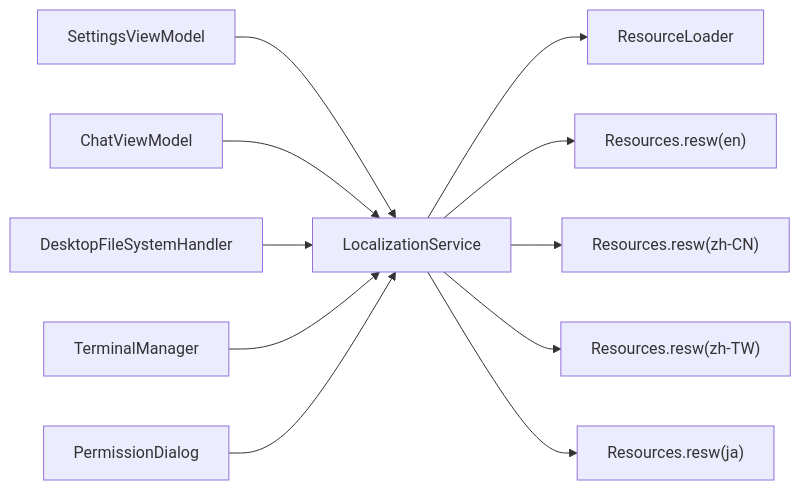
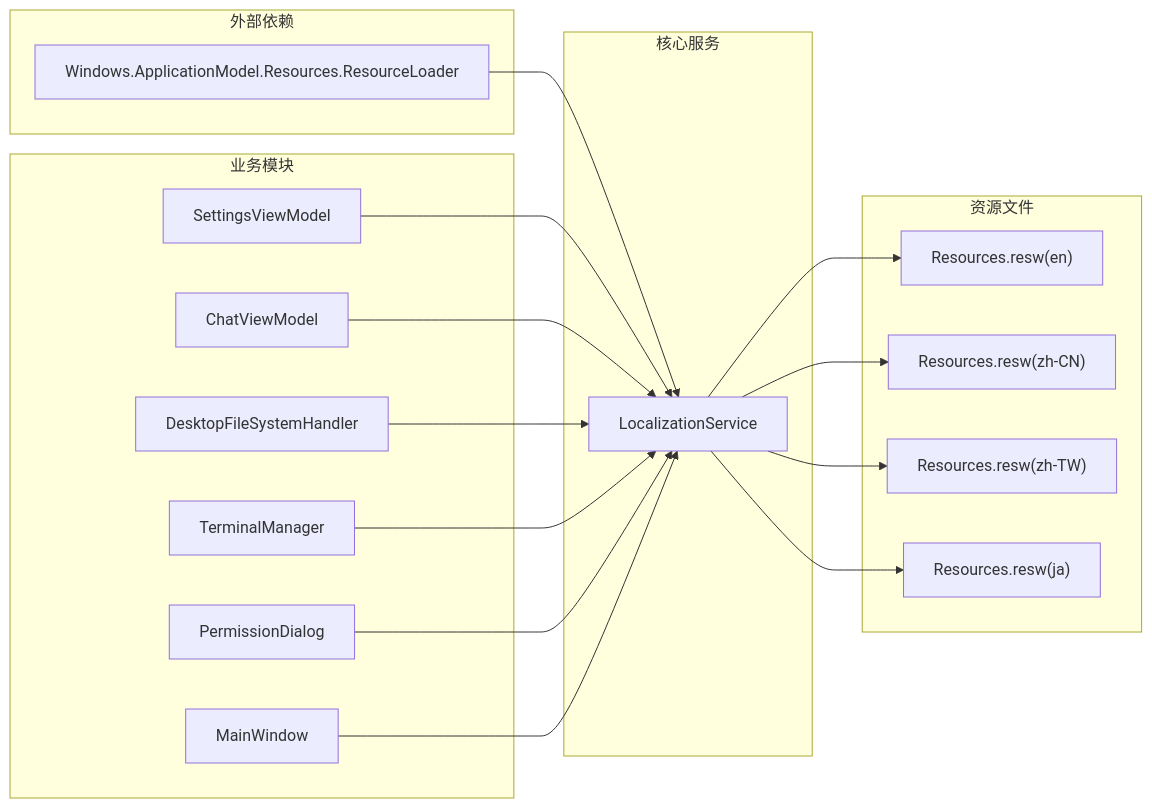
The fourth of 4 diagrams in .qoder/repowiki/zh/content/国际化支持.md (AgenticDesktop/App), drawn with Mermaid before and after one commit. The commit also changed other lines of this file and 108 other files, not shown here.

````diff
--- a/.qoder/repowiki/zh/content/国际化支持.md
+++ b/.qoder/repowiki/zh/content/国际化支持.md
@@ -307,13 +390,34 @@
 ```mermaid
 graph LR
-LS["LocalizationService"] --> RL["ResourceLoader"]
-LS --> RES_EN["Resources.resw(en)"]
-LS --> RES_ZH_CN["Resources.resw(zh-CN)"]
-LS --> RES_ZH_TW["Resources.resw(zh-TW)"]
-LS --> RES_JA["Resources.resw(ja)"]
-SV["SettingsViewModel"] --> LS
-CV["ChatViewModel"] --> LS
-FSH["DesktopFileSystemHandler"] --> LS
-TM["TerminalManager"] --> LS
-PD["PermissionDialog"] --> LS
+subgraph "外部依赖"
+WINRT["Windows.ApplicationModel.Resources.ResourceLoader"]
+end
+subgraph "核心服务"
+LS["LocalizationService"]
+end
+subgraph "业务模块"
+SV["SettingsViewModel"]
+CV["ChatViewModel"]
+FSH["DesktopFileSystemHandler"]
+TM["TerminalManager"]
+PD["PermissionDialog"]
+MW["MainWindow"]
+end
+subgraph "资源文件"
+RES_EN["Resources.resw(en)"]
+RES_ZH_CN["Resources.resw(zh-CN)"]
+RES_ZH_TW["Resources.resw(zh-TW)"]
+RES_JA["Resources.resw(ja)"]
+end
+WINRT --> LS
+LS --> RES_EN
+LS --> RES_ZH_CN
+LS --> RES_ZH_TW
+LS --> RES_JA
+SV --> LS
+CV --> LS
+FSH --> LS
+TM --> LS
+PD --> LS
+MW --> LS
 ```
````
